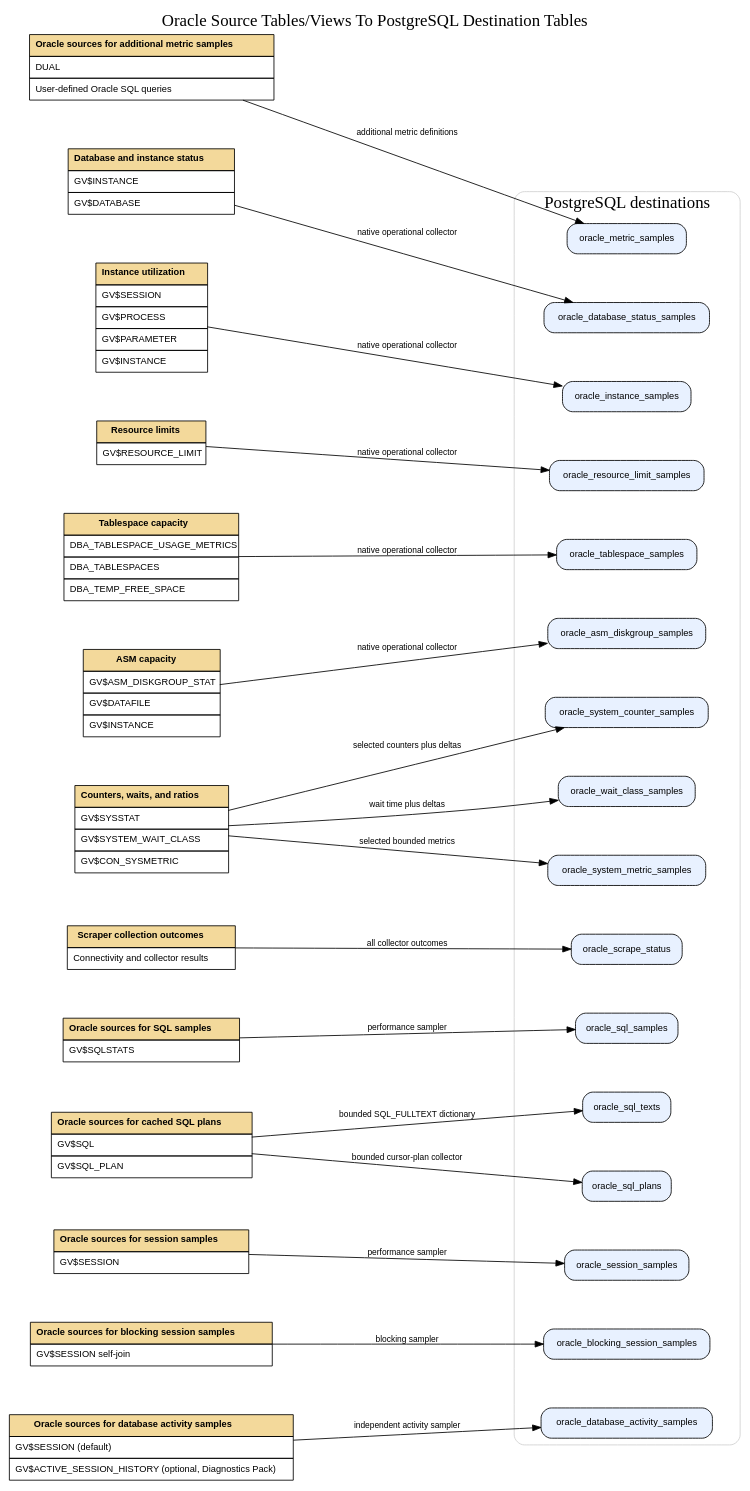
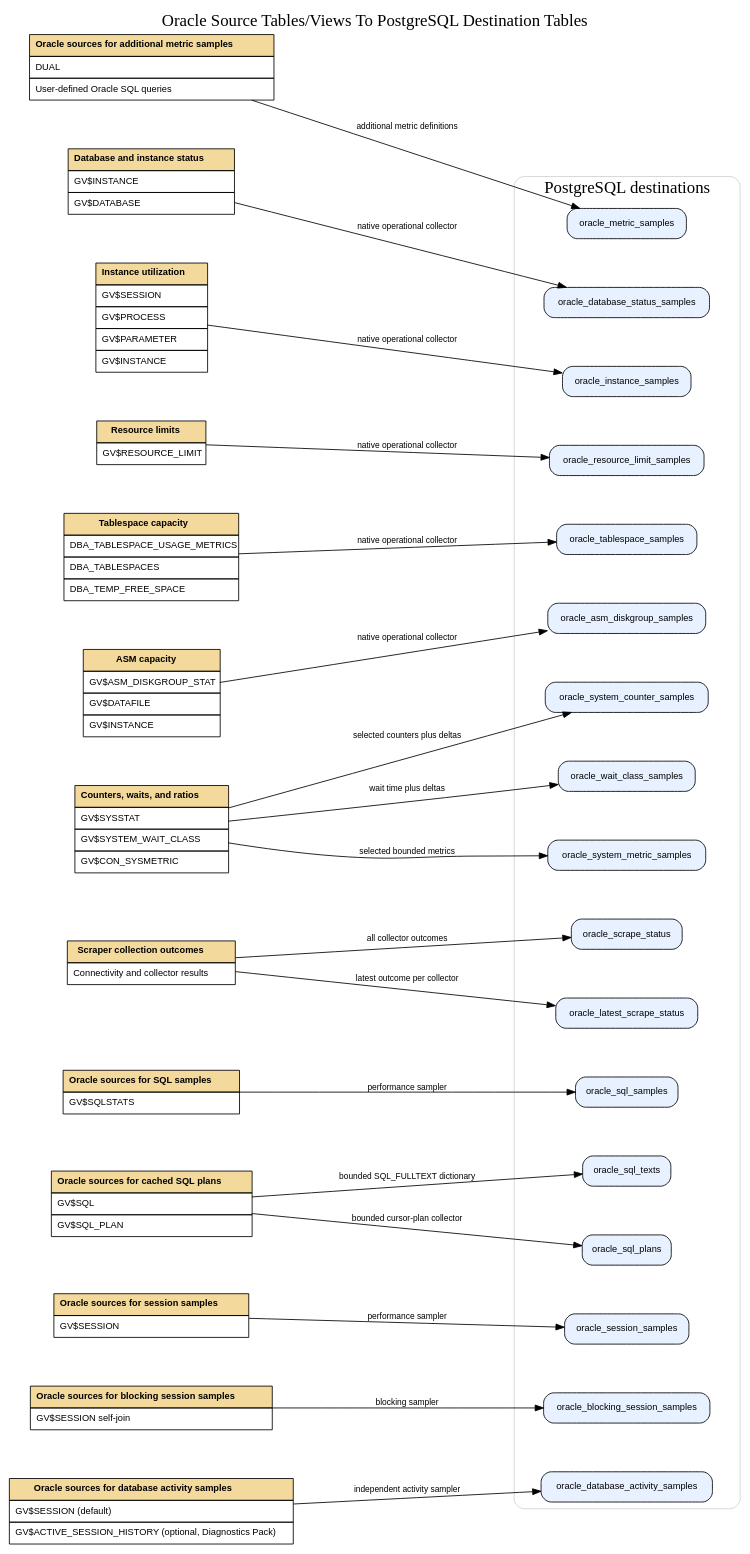
The diagram in doc/oracle_to_postgresql_tables.dot (OneClickDBA/harry-performance-scraper), drawn with Graphviz before and after one commit. The commit also changed 7 other files, not shown here.

Commit message:
Increase grafana performance by adding oracle_latest_scrape_status for alerting

```diff
--- a/doc/oracle_to_postgresql_tables.dot
+++ b/doc/oracle_to_postgresql_tables.dot
@@ -218,6 +218,7 @@
     pg_oracle_wait_class_samples [shape=box, style="rounded,filled", fillcolor="#e8f1ff", label="oracle_wait_class_samples"];
     pg_oracle_system_metric_samples [shape=box, style="rounded,filled", fillcolor="#e8f1ff", label="oracle_system_metric_samples"];
     pg_oracle_scrape_status [shape=box, style="rounded,filled", fillcolor="#e8f1ff", label="oracle_scrape_status"];
+    pg_oracle_latest_scrape_status [shape=box, style="rounded,filled", fillcolor="#e8f1ff", label="oracle_latest_scrape_status"];
   }
 
   oracle_metric_sources -> pg_oracle_metric_samples [label="additional metric definitions"];
@@ -236,4 +237,5 @@
   oracle_operational_counter_sources -> pg_oracle_wait_class_samples [label="wait time plus deltas"];
   oracle_operational_counter_sources -> pg_oracle_system_metric_samples [label="selected bounded metrics"];
   scraper_status_sources -> pg_oracle_scrape_status [label="all collector outcomes"];
+  scraper_status_sources -> pg_oracle_latest_scrape_status [label="latest outcome per collector"];
 }
```
